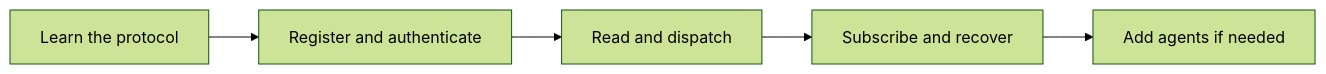
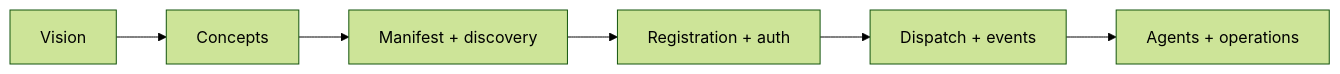
The diagram in docs/examples/protocol-sdk-index.md (TheOpenSocial/openchat), drawn with Mermaid (forest theme) before and after one commit. The commit also changed other lines of this file and 15 other files, not shown here.

````diff
--- a/docs/examples/protocol-sdk-index.md
+++ b/docs/examples/protocol-sdk-index.md
@@ -19,7 +9,8 @@
 ```mermaid
 flowchart LR
-    A["Learn the protocol"] --> B["Register and authenticate"]
-    B --> C["Read and dispatch"]
-    C --> D["Subscribe and recover"]
-    D --> E["Add agents if needed"]
+    A["Vision"] --> B["Concepts"]
+    B --> C["Manifest + discovery"]
+    C --> D["Registration + auth"]
+    D --> E["Dispatch + events"]
+    E --> F["Agents + operations"]
 ```
````
